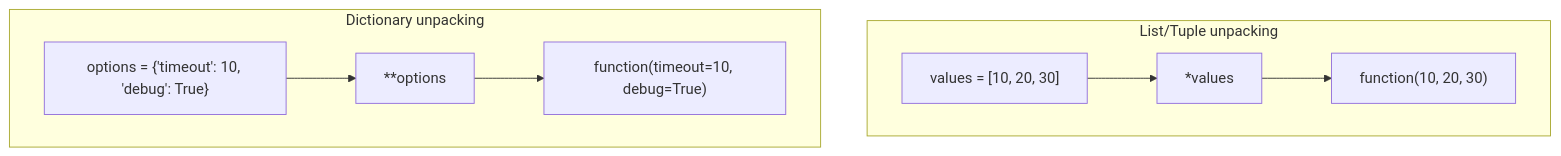
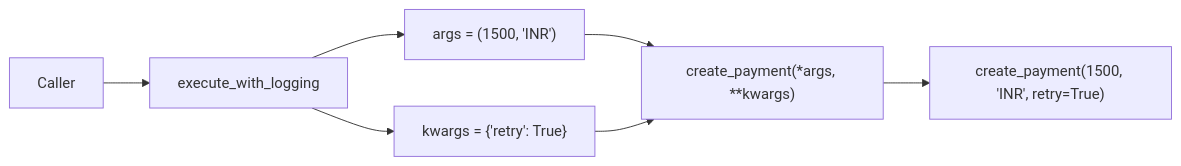
Before and after one commit to AvadhBhalodiya/Interview-Preparation: the second of 2 diagrams in src/content/python/args-kwargs.md, drawn with Mermaid. The commit also changed other lines of this file and 80 other files, not shown here.

````diff
--- a/src/content/python/args-kwargs.md
+++ b/src/content/python/args-kwargs.md
@@ -21,12 +300,9 @@
 ```mermaid
-flowchart TD
-    subgraph LIST["List/Tuple unpacking"]
-        V["values = [10, 20, 30]"] --> STAR["*values"]
-        STAR --> FCALL["function(10, 20, 30)"]
-    end
-
-    subgraph DICT[Dictionary unpacking]
-        O["options = {'timeout': 10, 'debug': True}"] --> DSTAR["**options"]
-        DSTAR --> DCALL["function(timeout=10, debug=True)"]
-    end
+flowchart LR
+    A["Caller"] --> B["execute_with_logging"]
+    B --> C["args = (1500, 'INR')"]
+    B --> D["kwargs = {'retry': True}"]
+    C --> E["create_payment(*args, **kwargs)"]
+    D --> E
+    E --> F["create_payment(1500, 'INR', retry=True)"]
 ```
````
